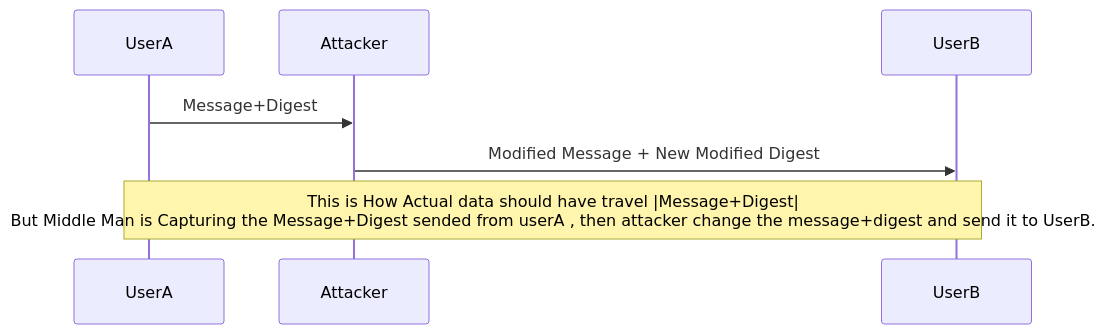
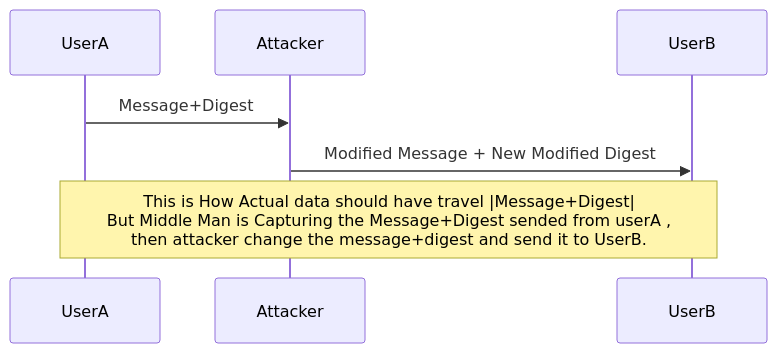
Before and after one commit to Rajeev-Tamang/OpenSSL: the eighth of 8 diagrams in README.md, drawn with Mermaid. The commit also changed other lines of this file, not shown here.

````diff
--- a/README.md
+++ b/README.md
@@ -186,6 +186,6 @@
 ```mermaid
 sequenceDiagram
     UserA->>Attacker: Message+Digest
     Attacker->>UserB: Modified Message + New Modified Digest
-   note over UserA,UserB: This is How Actual data should have travel |Message+Digest| <br>But Middle Man is Capturing the Message+Digest sended from userA , then attacker change the message+digest and send it to UserB.
+   note over UserA,UserB: This is How Actual data should have travel |Message+Digest| <br>But Middle Man is Capturing the Message+Digest sended from userA ,<br> then attacker change the message+digest and send it to UserB.
 ```
````
